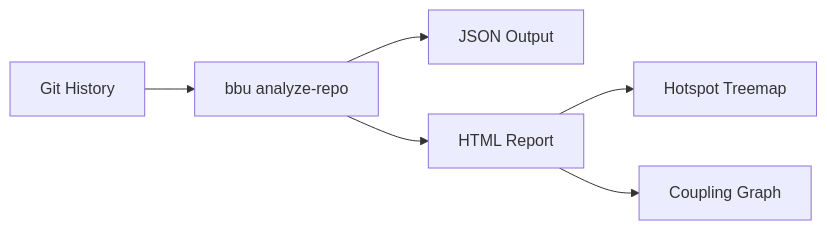
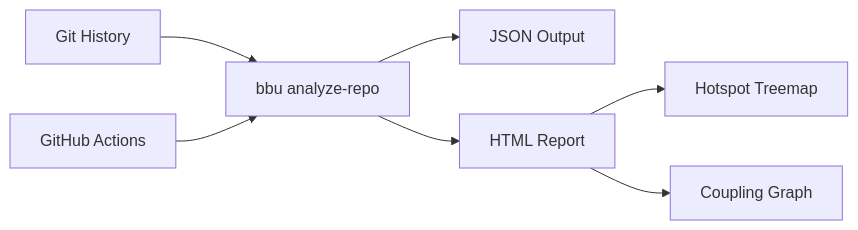
One commit to michael-denyer/black-box-unlock changed the diagram in README.md. Above: the diagram before and after it, drawn with Mermaid. The commit also changed other lines of this file and 1 other file, not shown here.

````diff
--- a/README.md
+++ b/README.md
@@ -63,8 +67,9 @@
 ```mermaid
 flowchart LR
     Git[Git History] --> Analyze[bbu analyze-repo]
+    CI[GitHub Actions] --> Analyze
     Analyze --> JSON[JSON Output]
     Analyze --> HTML[HTML Report]
     HTML --> Treemap[Hotspot Treemap]
     HTML --> Graph[Coupling Graph]
 ```
````
